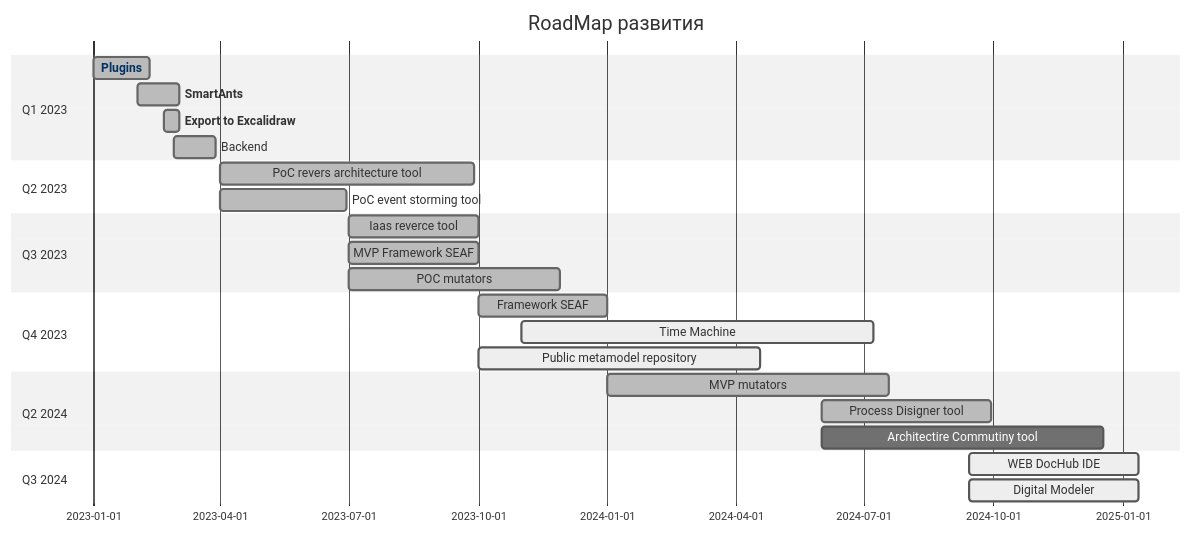
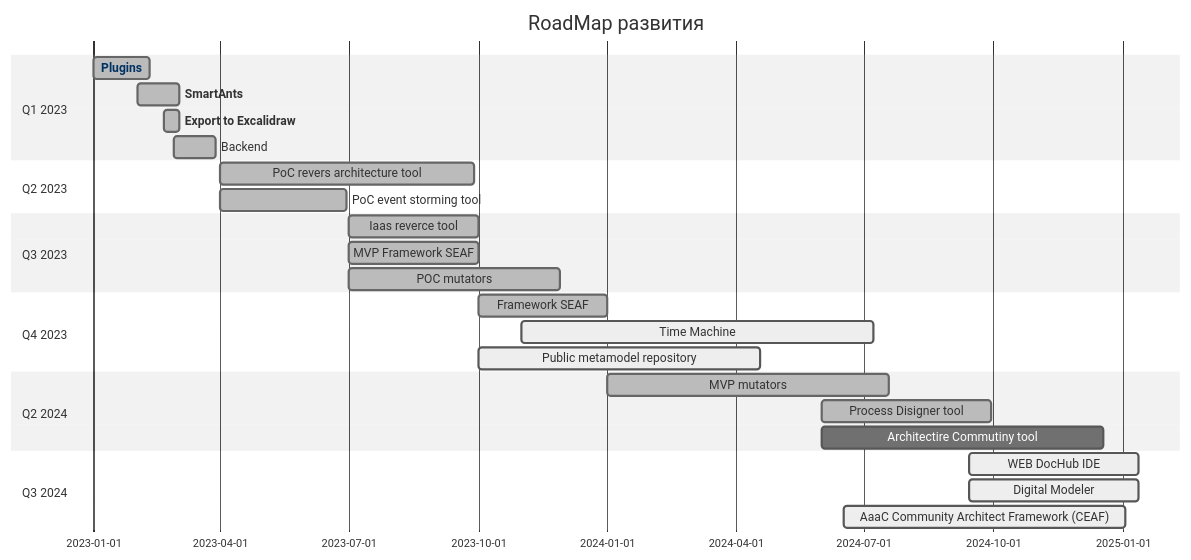
One commit to vlad-markin/DocHub changed the diagram in README.md. Above: the diagram before and after it, drawn with Mermaid (neutral theme).

Commit message:
Update roadmap

````diff
--- a/README.md
+++ b/README.md
@@ -44,32 +44,33 @@
 ```mermaid
 gantt
     title RoadMap развития
     dateFormat  YYYY-MM
     section Q1 2023
         Plugins                      :done, plugins, 2023-01-01, 40d
         SmartAnts                    :done, smartants, 2023-02-01, 30d
         Export to Excalidraw         :done, exportexc, 2023-02-20, 11d
         Backend                      :done, 2023-02-27, 30d
     section Q2 2023
         PoC revers architecture tool    :done, 2023-04-01, 180d
         PoC event storming tool         :done, 2023-04-01, 90d
     section Q3 2023
         Iaas reverce tool           :done, 2023-07-01, 92d
         MVP Framework SEAF          :done, 2023-07-01, 92d
         POC mutators                :done, 2023-07-01, 150d
     section Q4 2023
         Framework SEAF              :done, 2023-10-01, 92d
         Time Machine                :active, 2023-11-01, 250d
         Public metamodel repository :active, 2023-10-01, 200d
     section Q2 2024
         MVP mutators                :done, 2024-01-01, 200d
         Process Disigner tool       :done, 2024-06-01, 120d
         Architectire Commutiny tool :2024-06-01, 200d
     section Q3 2024
-        WEB DocHub IDE              :active, 2024-09-14, 120d
-        Digital Modeler             :active, 2024-09-14, 120d
+        WEB DocHub IDE                              :active, 2024-09-14, 120d
+        Digital Modeler                             :active, 2024-09-14, 120d
+        AaaC Community Architect Framework (CEAF)   :active, 2024-06-17, 200d
 
 click plugins href "https://dochub.info/docs/dochub.plugins.intro"
 click smartants href "https://dochub.info/docs/dochub.smartants"
 click exportexc href "https://dochub.info/docs/dochub.smartants#%D0%BF%D1%80%D0%BE%D1%81%D1%82%D0%B5%D0%B9%D1%88%D0%B5%D0%B5-%D0%BF%D1%80%D0%B5%D0%B4%D1%81%D1%82%D0%B0%D0%B2%D0%BB%D0%B5%D0%BD%D0%B8%D0%B5"
 ```
````
